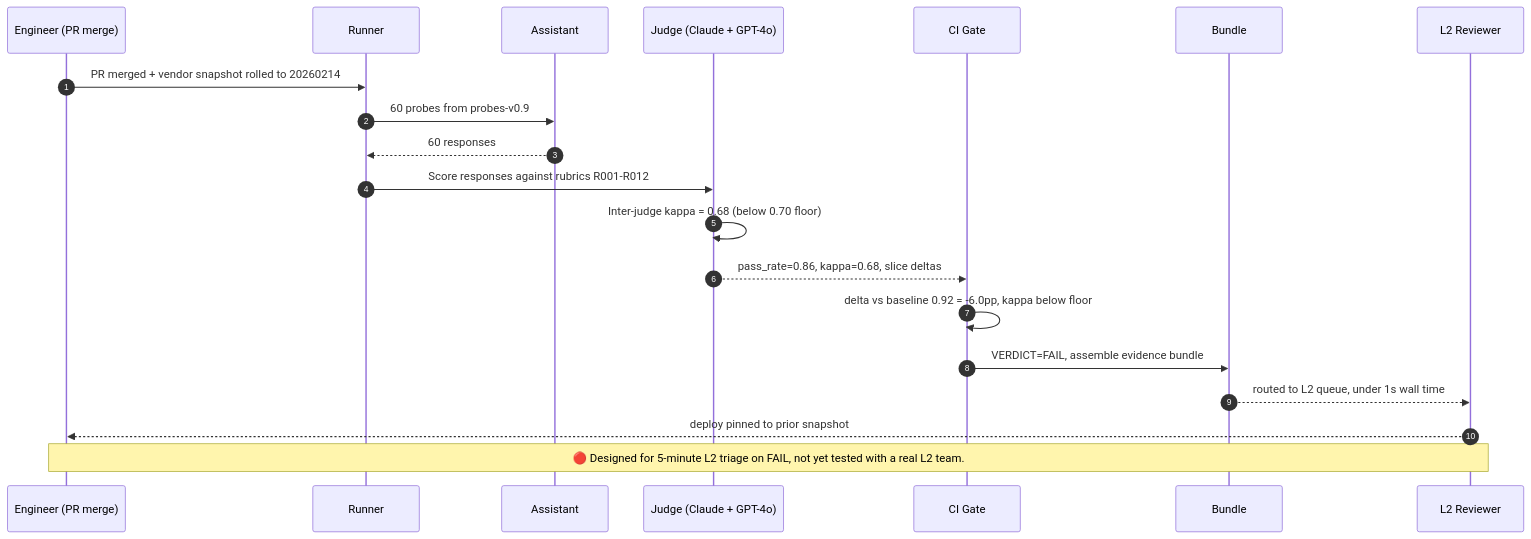
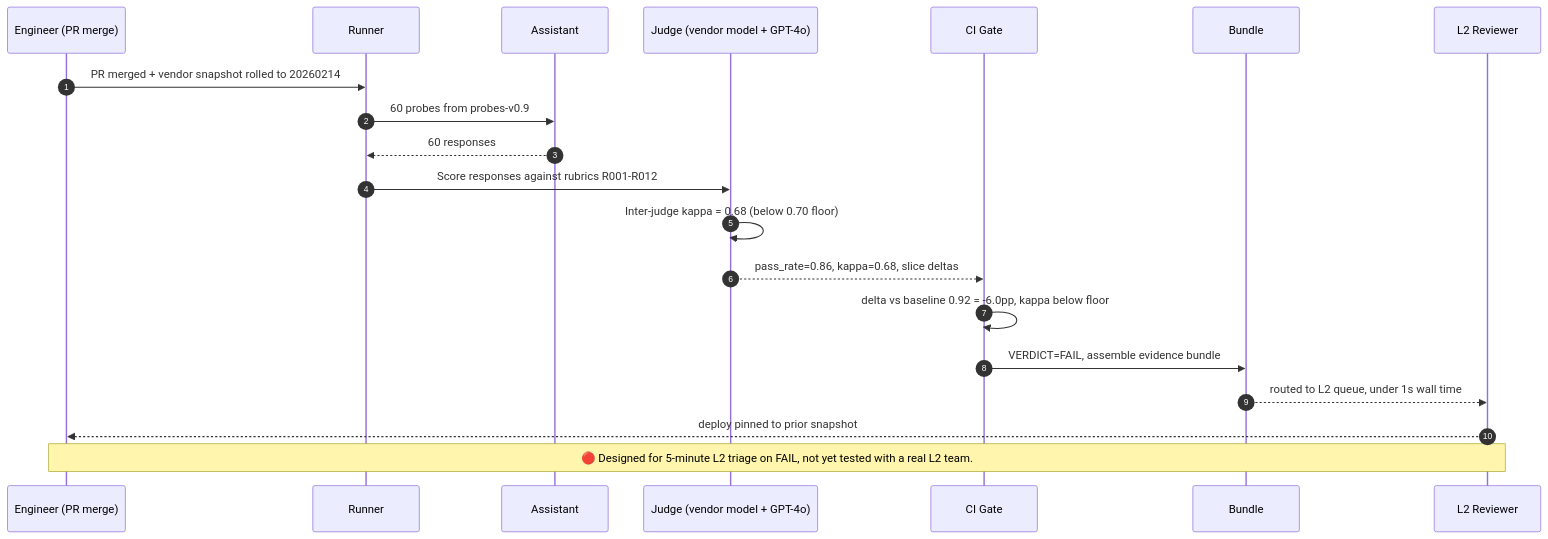
Before and after one commit to Vj-shipped-anyway/ai-pm-portfolio: the second of 2 diagrams in 04-evalforge-llm-eval-platform/README.md, drawn with Mermaid. The commit also changed other lines of this file and 9 other files, not shown here.

````diff
--- a/04-evalforge-llm-eval-platform/README.md
+++ b/04-evalforge-llm-eval-platform/README.md
@@ -338,23 +338,23 @@
 ```mermaid
 sequenceDiagram
     autonumber
     participant E as Engineer (PR merge)
     participant R as Runner
     participant A as Assistant
-    participant J as Judge (Claude + GPT-4o)
+    participant J as Judge (vendor model + GPT-4o)
     participant G as CI Gate
     participant B as Bundle
     participant L as L2 Reviewer
 
     E->>R: PR merged + vendor snapshot rolled to 20260214
     R->>A: 60 probes from probes-v0.9
     A-->>R: 60 responses
     R->>J: Score responses against rubrics R001-R012
     J->>J: Inter-judge kappa = 0.68 (below 0.70 floor)
     J-->>G: pass_rate=0.86, kappa=0.68, slice deltas
     G->>G: delta vs baseline 0.92 = -6.0pp, kappa below floor
     G->>B: VERDICT=FAIL, assemble evidence bundle
     B-->>L: routed to L2 queue, under 1s wall time
     L-->>E: deploy pinned to prior snapshot
     Note over E,L: 🔴 Designed for 5-minute L2 triage on FAIL, not yet tested with a real L2 team.
 ```
````
